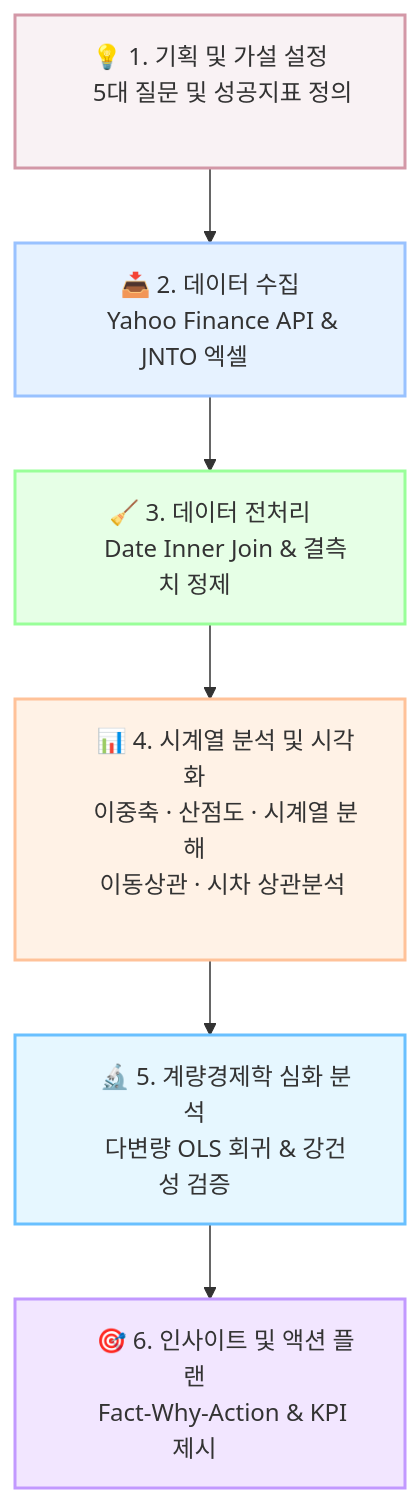
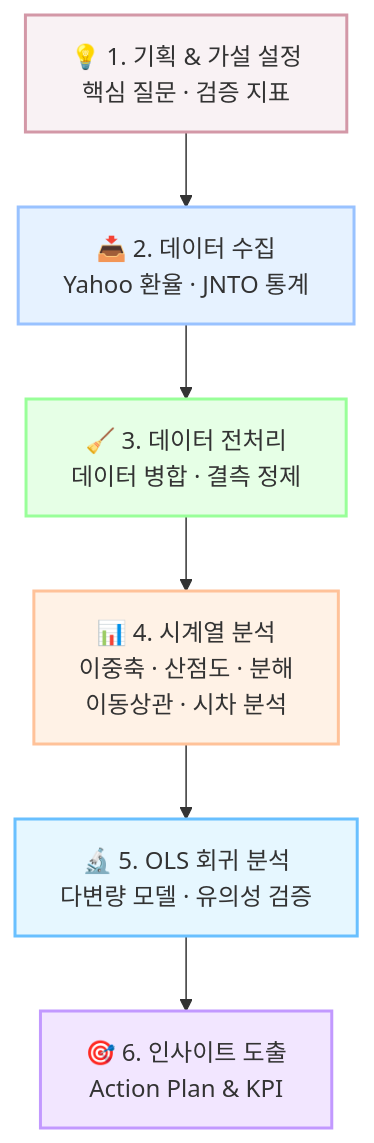
The diagram in REPORT.md (mustiolla/japan-travel-analysis), drawn with Mermaid before and after one commit. The commit also changed 1 other file, not shown here.

Commit message:
fix: Mermaid 흐름도 텍스트 줄바꿈 및 글자수 최적화 (한글 잘림 방지)

````diff
--- a/REPORT.md
+++ b/REPORT.md
@@ -13,15 +13,15 @@
 ```mermaid
 flowchart TD
-    A["&nbsp;&nbsp;&nbsp;&nbsp; 💡 1. 기획 및 가설 설정 &nbsp;&nbsp;&nbsp;&nbsp;<br>&nbsp;&nbsp;&nbsp;&nbsp; 5대 질문 및 성공지표 정의 &nbsp;&nbsp;&nbsp;&nbsp;"] --> B["&nbsp;&nbsp;&nbsp;&nbsp; 📥 2. 데이터 수집 &nbsp;&nbsp;&nbsp;&nbsp;<br>&nbsp;&nbsp;&nbsp;&nbsp; Yahoo Finance API & JNTO 엑셀 &nbsp;&nbsp;&nbsp;&nbsp;"]
-    B --> C["&nbsp;&nbsp;&nbsp;&nbsp; 🧹 3. 데이터 전처리 &nbsp;&nbsp;&nbsp;&nbsp;<br>&nbsp;&nbsp;&nbsp;&nbsp; Date Inner Join & 결측치 정제 &nbsp;&nbsp;&nbsp;&nbsp;"]
-    C --> D["&nbsp;&nbsp;&nbsp;&nbsp; 📊 4. 시계열 분석 및 시각화 &nbsp;&nbsp;&nbsp;&nbsp;<br>&nbsp;&nbsp;&nbsp;&nbsp; 이중축 · 산점도 · 시계열 분해 &nbsp;&nbsp;&nbsp;&nbsp;<br>&nbsp;&nbsp;&nbsp;&nbsp; 이동상관 · 시차 상관분석 &nbsp;&nbsp;&nbsp;&nbsp;"]
-    D --> E["&nbsp;&nbsp;&nbsp;&nbsp; 🔬 5. 계량경제학 심화 분석 &nbsp;&nbsp;&nbsp;&nbsp;<br>&nbsp;&nbsp;&nbsp;&nbsp; 다변량 OLS 회귀 & 강건성 검증 &nbsp;&nbsp;&nbsp;&nbsp;"]
-    E --> F["&nbsp;&nbsp;&nbsp;&nbsp; 🎯 6. 인사이트 및 액션 플랜 &nbsp;&nbsp;&nbsp;&nbsp;<br>&nbsp;&nbsp;&nbsp;&nbsp; Fact-Why-Action & KPI 제시 &nbsp;&nbsp;&nbsp;&nbsp;"]
+    A["💡 1. 기획 & 가설 설정<br>핵심 질문 · 검증 지표"] --> B["📥 2. 데이터 수집<br>Yahoo 환율 · JNTO 통계"]
+    B --> C["🧹 3. 데이터 전처리<br>데이터 병합 · 결측 정제"]
+    C --> D["📊 4. 시계열 분석<br>이중축 · 산점도 · 분해<br>이동상관 · 시차 분석"]
+    D --> E["🔬 5. OLS 회귀 분석<br>다변량 모델 · 유의성 검증"]
+    E --> F["🎯 6. 인사이트 도출<br>Action Plan & KPI"]
 
     style A fill:#f9f2f4,stroke:#d398a7,stroke-width:2px
     style B fill:#e6f2ff,stroke:#99c2ff,stroke-width:2px
     style C fill:#e6ffe6,stroke:#99ff99,stroke-width:2px
     style D fill:#fff2e6,stroke:#ffc299,stroke-width:2px
     style E fill:#e6f7ff,stroke:#69c0ff,stroke-width:2px
     style F fill:#f2e6ff,stroke:#c299ff,stroke-width:2px
 ```
````
